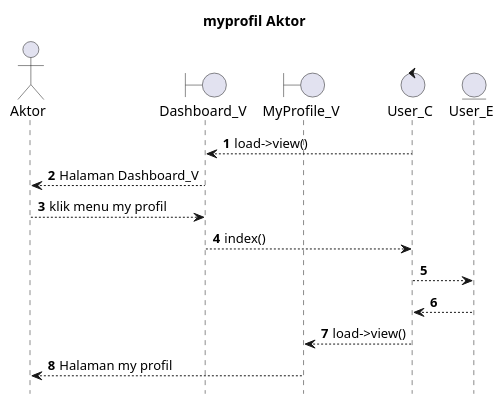
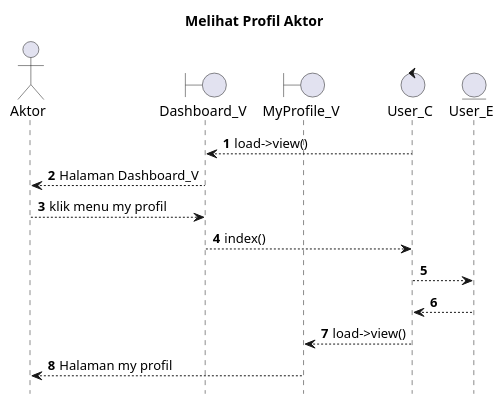
The diagram in SELAIN SISTEM/UML/SEQUENCE/user/myprofil.puml (kurniado729/sistem_kp), drawn with PlantUML before and after one commit. The commit also changed 31 other files, not shown here.

Commit message:
masukkan sequence di laporan

```diff
--- a/SELAIN SISTEM/UML/SEQUENCE/user/myprofil.puml
+++ b/SELAIN SISTEM/UML/SEQUENCE/user/myprofil.puml
@@ -1,23 +1,23 @@
 @startuml
 
 autonumber
 hide footbox
-title myprofil Aktor
+title Melihat Profil Aktor
 
 Actor Aktor
 boundary Dashboard_V
 boundary MyProfile_V
 control User_C
 Entity User_E
 
 User_C --> Dashboard_V: load->view()
 Dashboard_V --> Aktor: Halaman Dashboard_V
 Aktor --> Dashboard_V: klik menu my profil
 Dashboard_V --> User_C: index()
 User_C --> User_E:
     
     User_E --> User_C:
     User_C --> MyProfile_V: load->view()
     MyProfile_V --> Aktor: Halaman my profil
 
 @enduml
```
